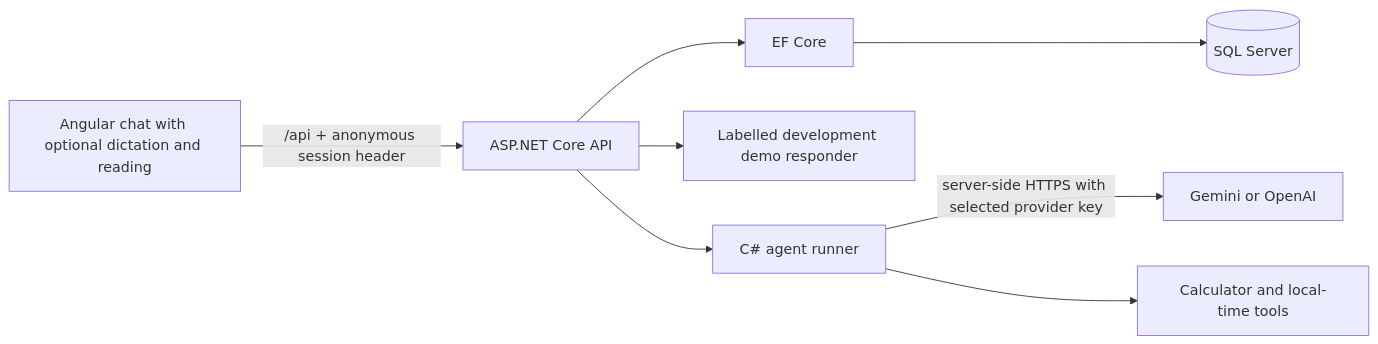
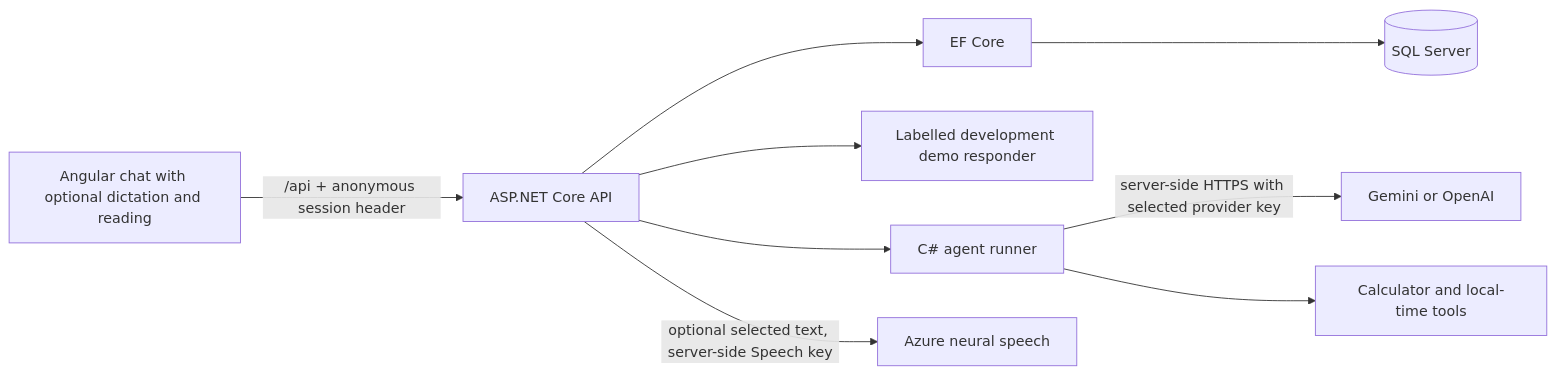
The diagram in docs/architecture.md (akashsaruk923/ChatBot), drawn with Mermaid before and after one commit. The commit also changed other lines of this file and 15 other files, not shown here.

Commit message:
Add optional Azure speech for Marathi, Hindi and English

````diff
--- a/docs/architecture.md
+++ b/docs/architecture.md
@@ -5,10 +5,11 @@
 ```mermaid
 flowchart LR
   Browser[Angular chat with optional dictation and reading] -->|/api + anonymous session header| API[ASP.NET Core API]
   API --> EF[EF Core]
   EF --> SQL[(SQL Server)]
   API --> Demo[Labelled development demo responder]
   API --> Agents[C# agent runner]
   Agents -->|server-side HTTPS with selected provider key| Provider[Gemini or OpenAI]
   Agents --> Tools[Calculator and local-time tools]
+  API -->|optional selected text, server-side Speech key| Speech[Azure neural speech]
 ```
````
